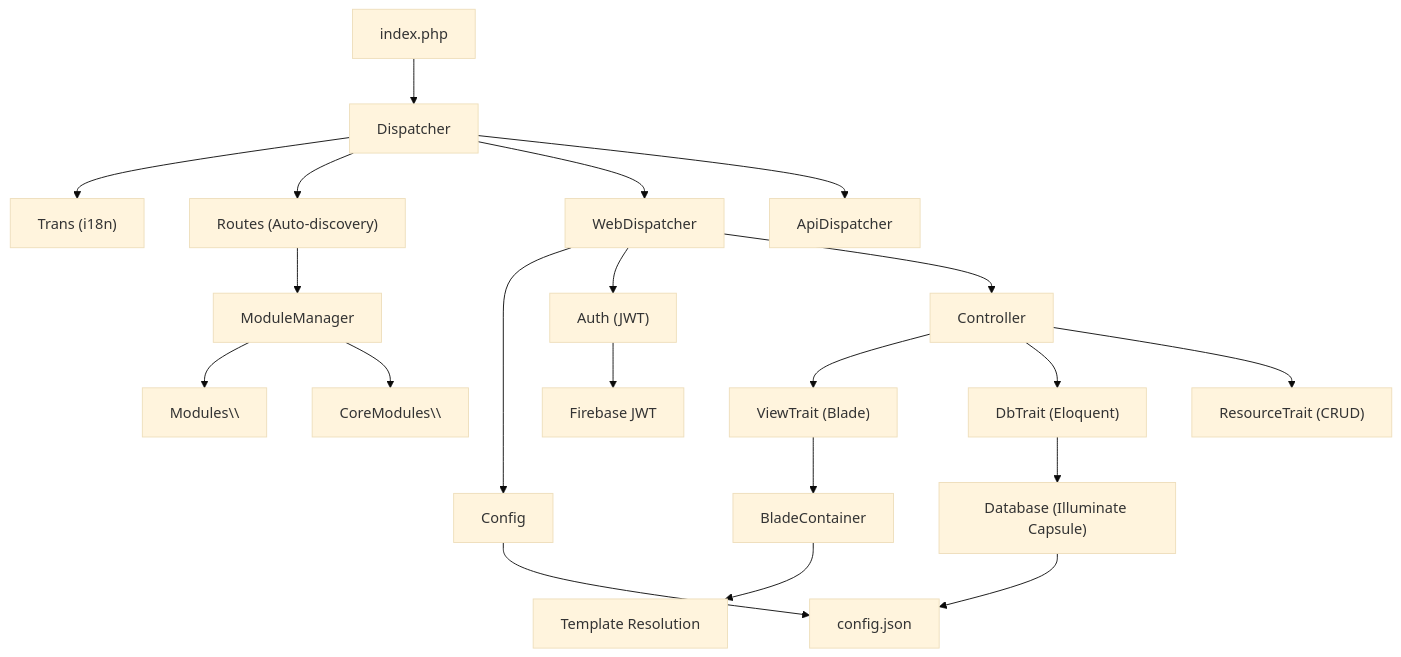
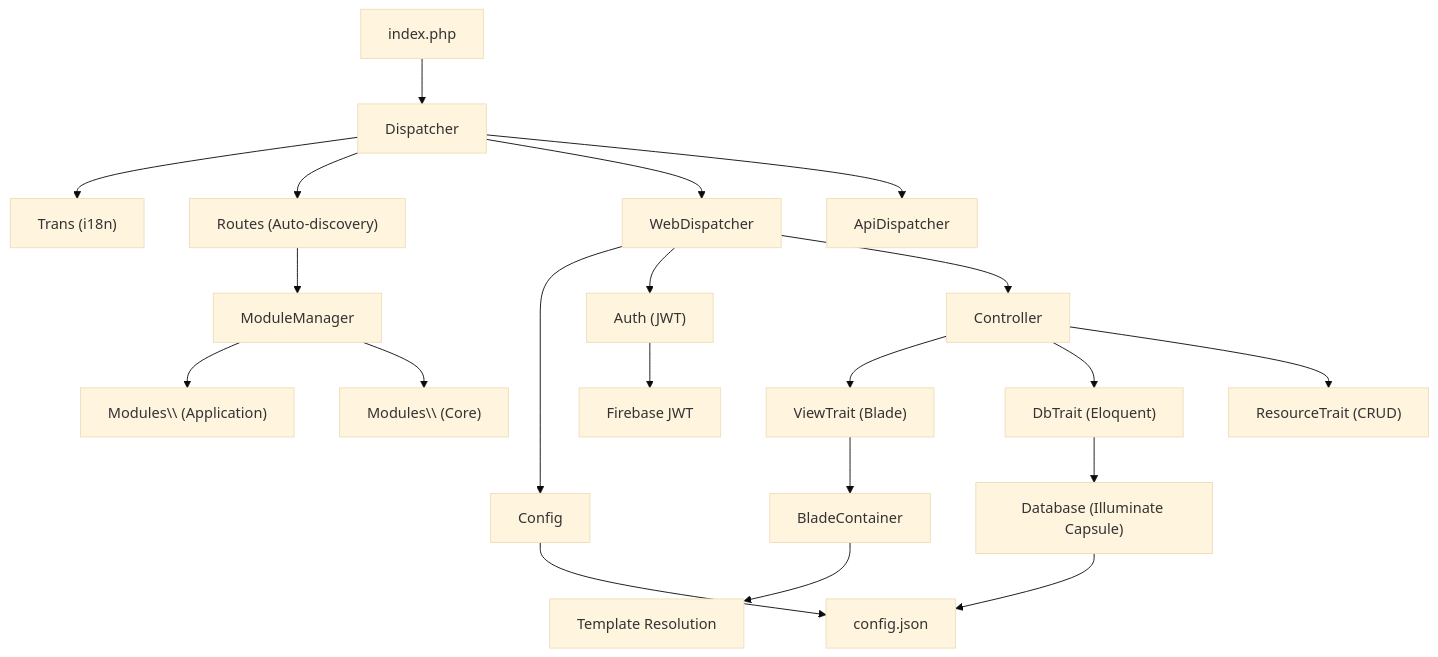
Before and after one commit to alxarafe/alxarafe: the diagram in doc/en/architecture.md, drawn with Mermaid (base theme). The commit also changed other lines of this file and 330 other files, not shown here.

````diff
--- a/doc/en/architecture.md
+++ b/doc/en/architecture.md
@@ -128,28 +127,28 @@
 ```mermaid
 graph TD
     A["index.php"] --> B["Dispatcher"]
     B --> C["Trans (i18n)"]
     B --> D["Routes (Auto-discovery)"]
     B --> E["WebDispatcher"]
     B --> F["ApiDispatcher"]
     
     E --> G["Config"]
     E --> H["Auth (JWT)"]
     E --> I["Controller"]
     
     I --> J["ViewTrait (Blade)"]
     I --> K["DbTrait (Eloquent)"]
     I --> L["ResourceTrait (CRUD)"]
     
     K --> M["Database (Illuminate Capsule)"]
     J --> N["BladeContainer"]
     N --> O["Template Resolution"]
     
     G --> P["config.json"]
     M --> P
     H --> Q["Firebase JWT"]
     
     D --> R["ModuleManager"]
-    R --> S["Modules\\"]
-    R --> T["CoreModules\\"]
+    R --> S["Modules\\ (Application)"]
+    R --> T["Modules\\ (Core)"]
 ```
````
